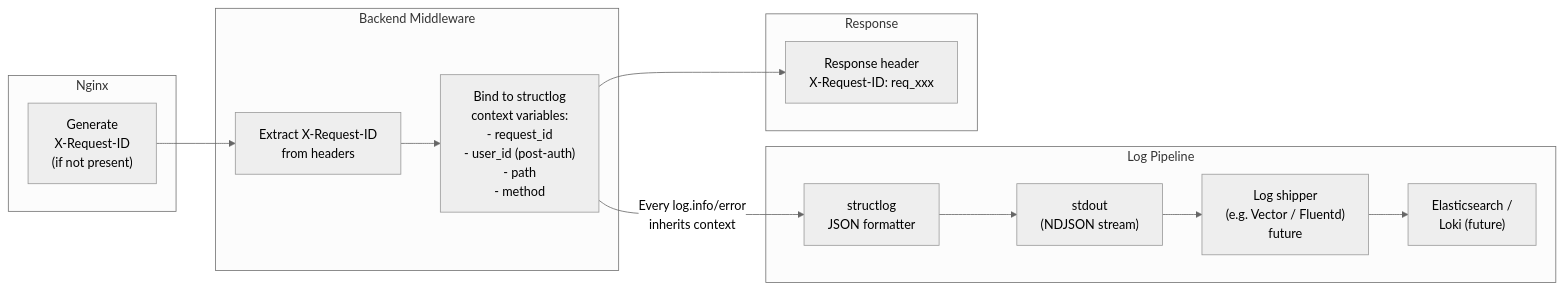
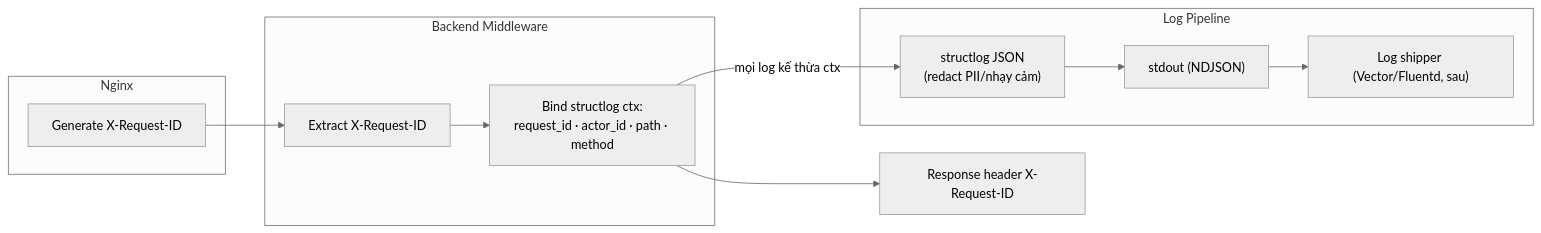
The seventh of 8 diagrams in docs/architecture/data-flow.md (quangtanfet-commits/weup-career), drawn with Mermaid (neutral theme) before and after one commit. The commit also changed other lines of this file and 39 other files, not shown here.

````diff
--- a/docs/architecture/data-flow.md
+++ b/docs/architecture/data-flow.md
@@ -138,30 +158,17 @@
 ```mermaid
 flowchart LR
     subgraph "Nginx"
-        GEN_ID["Generate\nX-Request-ID\n(if not present)"]
+        GEN_ID["Generate X-Request-ID"]
     end
-
     subgraph "Backend Middleware"
-        EXTRACT["Extract X-Request-ID\nfrom headers"]
-        BIND["Bind to structlog\ncontext variables:\n- request_id\n- user_id (post-auth)\n- path\n- method"]
+        EXTRACT["Extract X-Request-ID"]
+        BIND["Bind structlog ctx:\nrequest_id · actor_id · path · method"]
     end
-
     subgraph "Log Pipeline"
-        STRUCTLOG["structlog\nJSON formatter"]
-        STDOUT["stdout\n(NDJSON stream)"]
-        LOGSHIP["Log shipper\n(e.g. Vector / Fluentd)\nfuture"]
-        ELASTIC["Elasticsearch /\nLoki (future)"]
+        STRUCTLOG["structlog JSON\n(redact PII/nhạy cảm)"]
+        STDOUT["stdout (NDJSON)"]
+        SHIP["Log shipper (Vector/Fluentd, sau)"]
     end
-
-    subgraph "Response"
-        RESP_HEADER["Response header\nX-Request-ID: req_xxx"]
-    end
-
-    GEN_ID --> EXTRACT
-    EXTRACT --> BIND
-    BIND -->|"Every log.info/error\ninherits context"| STRUCTLOG
-    STRUCTLOG --> STDOUT
-    STDOUT --> LOGSHIP
-    LOGSHIP --> ELASTIC
-    BIND --> RESP_HEADER
+    GEN_ID --> EXTRACT --> BIND -->|"mọi log kế thừa ctx"| STRUCTLOG --> STDOUT --> SHIP
+    BIND --> RESP["Response header X-Request-ID"]
 ```
````
